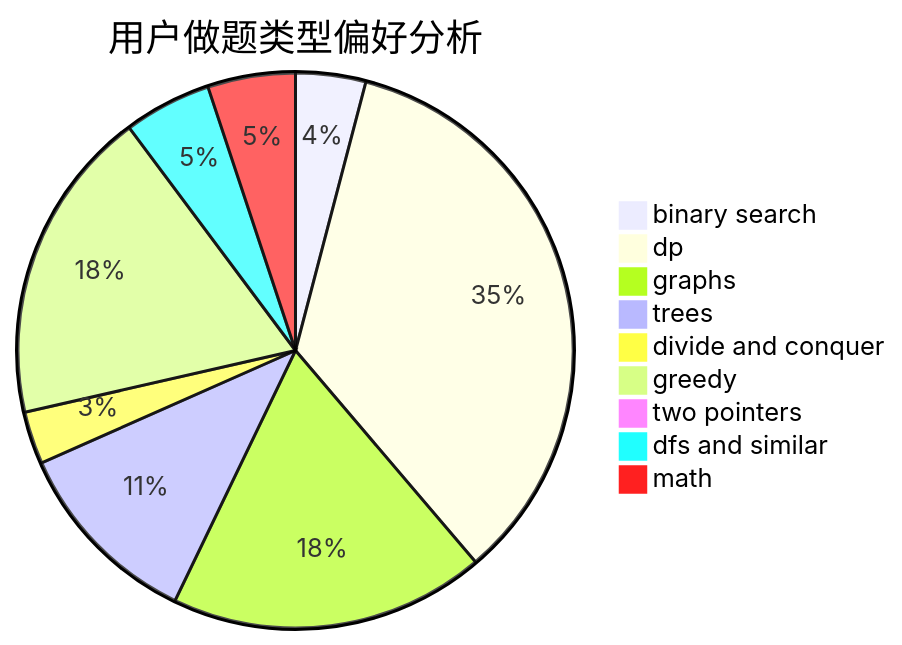
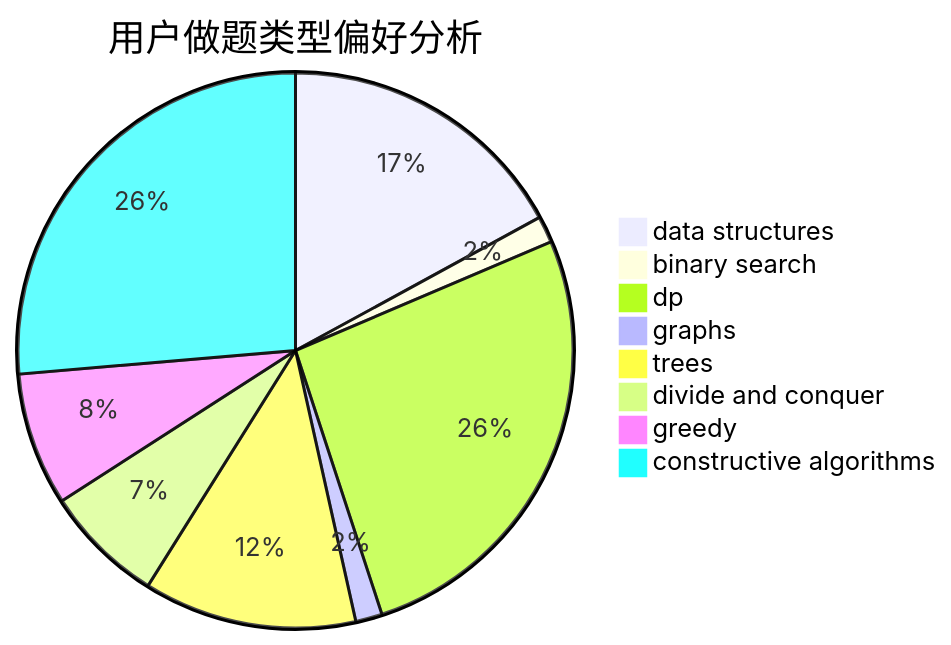
Before and after one commit to sherpahu/cfrs.github.io: the second of 3 diagrams in docs/user/u1692.md, drawn with Mermaid. The commit also changed other lines of this file and 2775 other files, not shown here.

````diff
--- a/docs/user/u1692.md
+++ b/docs/user/u1692.md
@@ -23,12 +23,11 @@
 ```mermaid
 pie title 用户做题类型偏好分析
-    "binary search" :  12
-    "dp" :  102
-    "graphs" :  54
-    "trees" :  33
+    "data structures" :  22
+    "binary search" :  2
+    "dp" :  34
+    "graphs" :  2
+    "trees" :  16
     "divide and conquer" :  9
-    "greedy" :  54
-    "two pointers" :  0
-    "dfs and similar" :  15
-    "math" :  15
+    "greedy" :  10
+    "constructive algorithms" :  34
 ```
````
